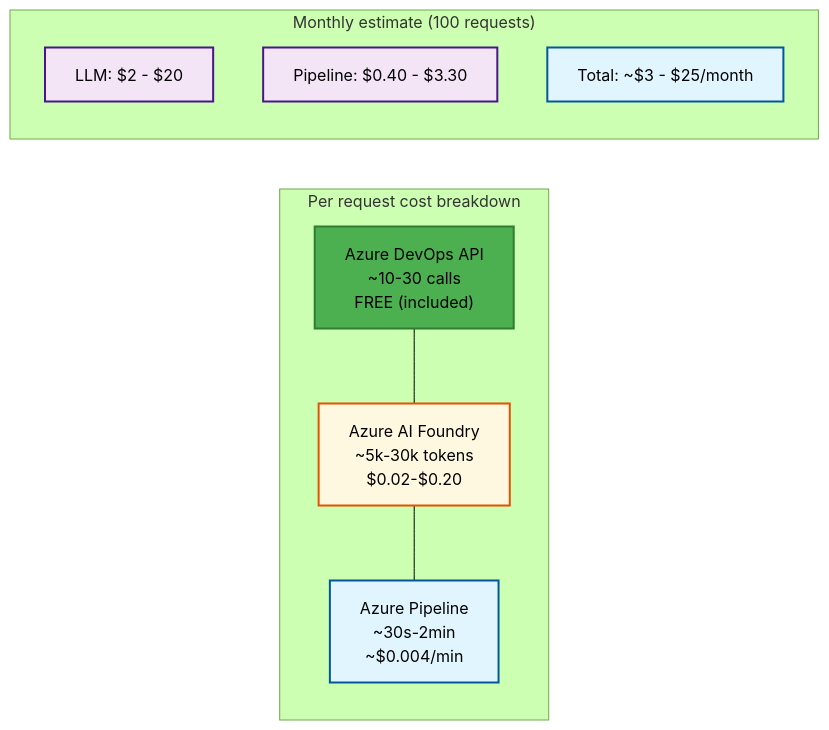
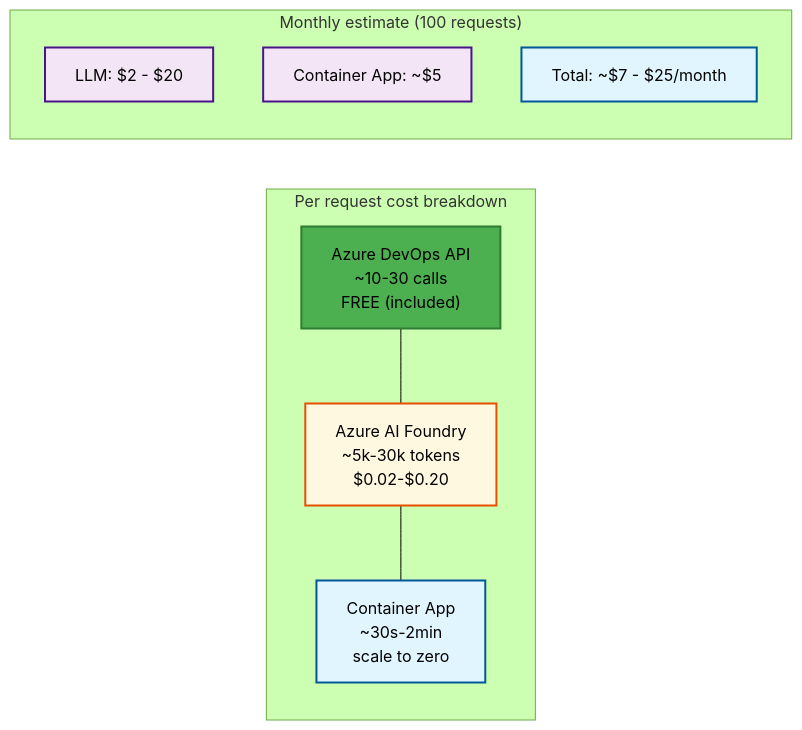
Before and after one commit to victorvos/devops_agent: the seventh of 7 diagrams in README.md, drawn with Mermaid (forest theme). The commit also changed other lines of this file and 28 other files, not shown here.

First line of the commit message:
Slim down to lightweight Container App deployment

````diff
--- a/README.md
+++ b/README.md
@@ -480,23 +374,23 @@
 ```mermaid
 graph LR
     subgraph "Per request cost breakdown"
         direction TB
         A1["Azure DevOps API<br/>~10-30 calls<br/>FREE (included)"] --- A2["Azure AI Foundry<br/>~5k-30k tokens<br/>$0.02-$0.20"]
-        A2 --- A3["Azure Pipeline<br/>~30s-2min<br/>~$0.004/min"]
+        A2 --- A3["Container App<br/>~30s-2min<br/>scale to zero"]
     end
 
     subgraph "Monthly estimate (100 requests)"
         direction TB
         B1["LLM: $2 - $20"]
-        B2["Pipeline: $0.40 - $3.30"]
-        B3["Total: ~$3 - $25/month"]
+        B2["Container App: ~$5"]
+        B3["Total: ~$7 - $25/month"]
     end
 
     %% Styling
     style A1 fill:#4caf50,stroke:#2e7d32,stroke-width:2px,color:#000000
     style A2 fill:#fff8e1,stroke:#e65100,stroke-width:2px,color:#000000
     style A3 fill:#e1f5fe,stroke:#01579b,stroke-width:2px,color:#000000
     style B1 fill:#f3e5f5,stroke:#4a148c,stroke-width:2px,color:#000000
     style B2 fill:#f3e5f5,stroke:#4a148c,stroke-width:2px,color:#000000
     style B3 fill:#e1f5fe,stroke:#01579b,stroke-width:2px,color:#000000
 ```
````
